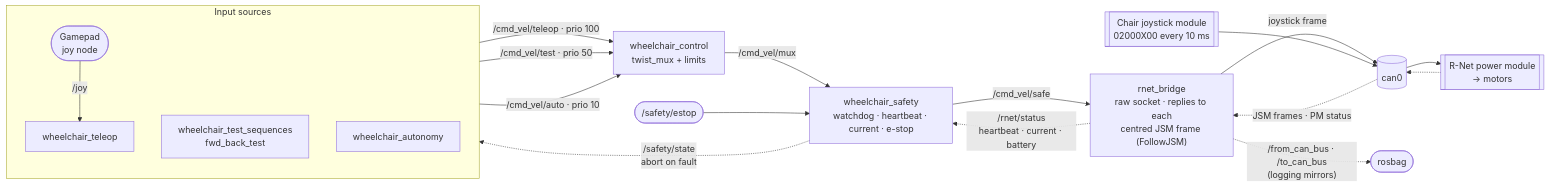
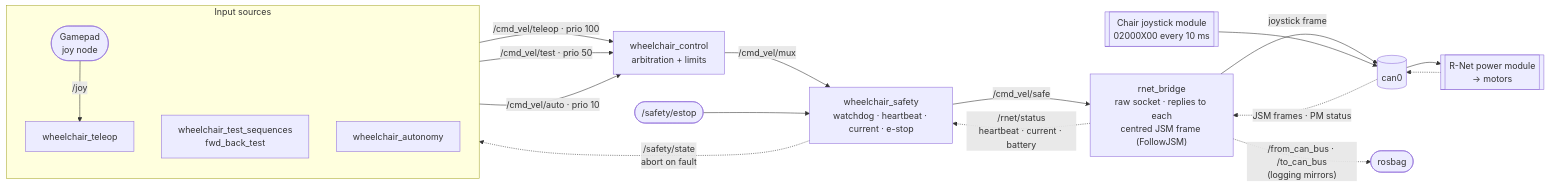
Before and after one commit to Build-with-Ben/AutonomousPowerWheelChair: the diagram in docs/data-flow.md, drawn with Mermaid. The commit also changed 8 other files, not shown here.

First line of the commit message:
Add command arbitration and the Motor Control node

````diff
--- a/docs/data-flow.md
+++ b/docs/data-flow.md
@@ -10,27 +10,27 @@
 ```mermaid
 flowchart LR
   subgraph IN["Input sources"]
     direction TB
     JOY(["Gamepad<br/>joy node"]) -->|/joy| TELEOP["wheelchair_teleop"]
     TEST["wheelchair_test_sequences<br/>fwd_back_test"]
     AUTO["wheelchair_autonomy"]
   end
 
   TELEOP -->|"/cmd_vel/teleop · prio 100"| MUX
   TEST -->|"/cmd_vel/test · prio 50"| MUX
   AUTO -->|"/cmd_vel/auto · prio 10"| MUX
 
-  MUX["wheelchair_control<br/>twist_mux + limits"] -->|/cmd_vel/mux| SAFE
+  MUX["wheelchair_control<br/>arbitration + limits"] -->|/cmd_vel/mux| SAFE
   ESTOP(["/safety/estop"]) --> SAFE
   SAFE["wheelchair_safety<br/>watchdog · heartbeat · current · e-stop"] -->|/cmd_vel/safe| BRIDGE
 
   BRIDGE["rnet_bridge<br/>raw socket · replies to each<br/>centred JSM frame (FollowJSM)"] -->|joystick frame| CAN[("can0")]
   JSM[["Chair joystick module<br/>02000X00 every 10 ms"]] --> CAN
   CAN --> PM[["R-Net power module<br/>→ motors"]]
 
   PM -.-> CAN
   CAN -.->|JSM frames · PM status| BRIDGE
   BRIDGE -.->|"/from_can_bus · /to_can_bus<br/>(logging mirrors)"| LOG(["rosbag"])
   BRIDGE -.->|"/rnet/status<br/>heartbeat · current · battery"| SAFE
   SAFE -.->|"/safety/state<br/>abort on fault"| TEST
 ```
````
